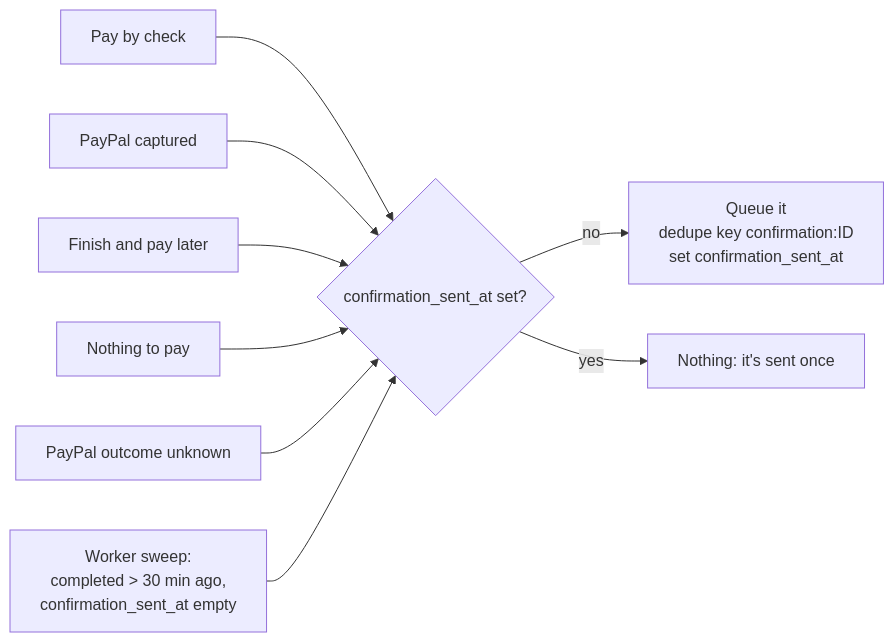
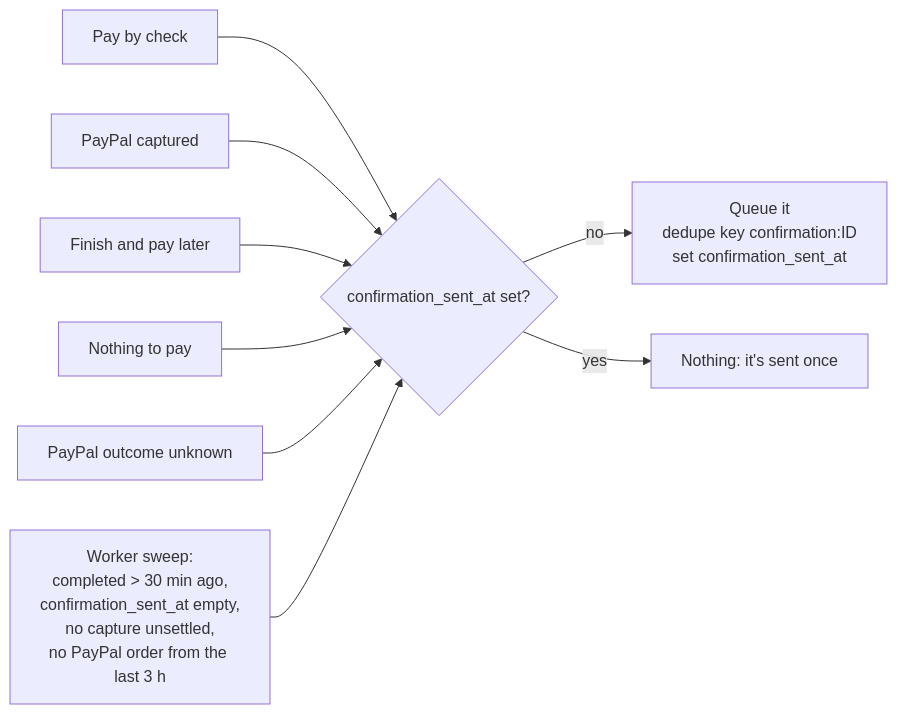
The sixth of 12 diagrams in doc/payments.md (camphoric/camphoric), drawn with Mermaid before and after one commit. The commit also changed other lines of this file and 8 other files, not shown here.

First line of the commit message:
fix(payments): record PayPal refunds for what PayPal refunded

````diff
--- a/doc/payments.md
+++ b/doc/payments.md
@@ -332,11 +340,11 @@
 ```mermaid
 flowchart LR
     A[Pay by check] --> Q
     B[PayPal captured] --> Q
     C[Finish and pay later] --> Q
     D[Nothing to pay] --> Q
     E[PayPal outcome unknown] --> Q
-    W[Worker sweep:<br/>completed &gt; 30 min ago,<br/>confirmation_sent_at empty] --> Q
+    W[Worker sweep:<br/>completed &gt; 30 min ago,<br/>confirmation_sent_at empty,<br/>no capture unsettled,<br/>no PayPal order from the last 3 h] --> Q
     Q{confirmation_sent_at set?} -->|no| S[Queue it<br/>dedupe key confirmation:ID<br/>set confirmation_sent_at]
     Q -->|yes| N[Nothing: it's sent once]
 ```
````
